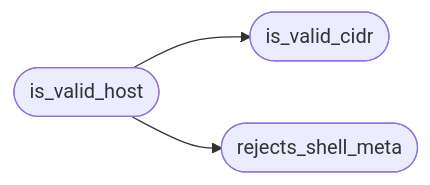
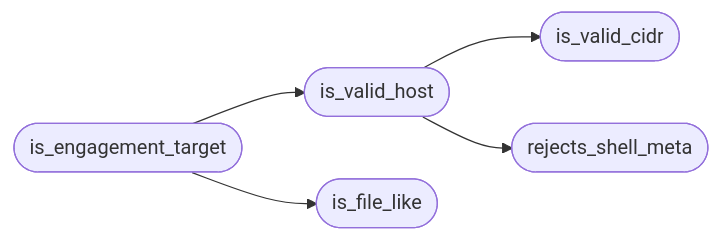
The diagram in readmenator-apidocs/modules/core.host_policy.py.md (grisuno/LazyOwn), drawn with Mermaid before and after one commit. The commit also changed other lines of this file and 464 other files, not shown here.

````diff
--- a/readmenator-apidocs/modules/core.host_policy.py.md
+++ b/readmenator-apidocs/modules/core.host_policy.py.md
@@ -22,8 +22,12 @@
 ```mermaid
 flowchart LR
     n_core_host_policy_py__is_valid_host(["is_valid_host"])
     n_core_host_policy_py__is_valid_cidr(["is_valid_cidr"])
     n_core_host_policy_py__rejects_shell_meta(["rejects_shell_meta"])
+    n_core_host_policy_py__is_engagement_target(["is_engagement_target"])
+    n_core_host_policy_py__is_file_like(["is_file_like"])
     n_core_host_policy_py__is_valid_host --> n_core_host_policy_py__is_valid_cidr
     n_core_host_policy_py__is_valid_host --> n_core_host_policy_py__rejects_shell_meta
+    n_core_host_policy_py__is_engagement_target --> n_core_host_policy_py__is_file_like
+    n_core_host_policy_py__is_engagement_target --> n_core_host_policy_py__is_valid_host
 ```
````
